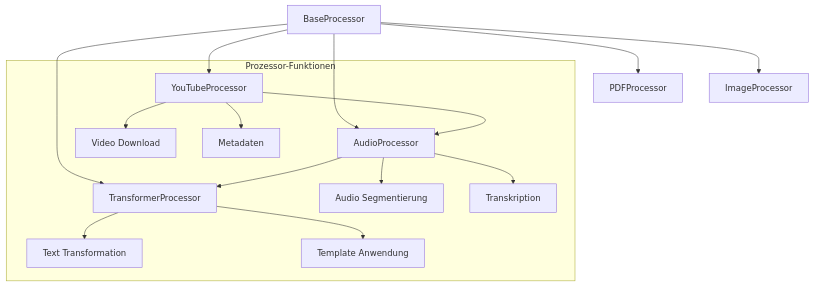
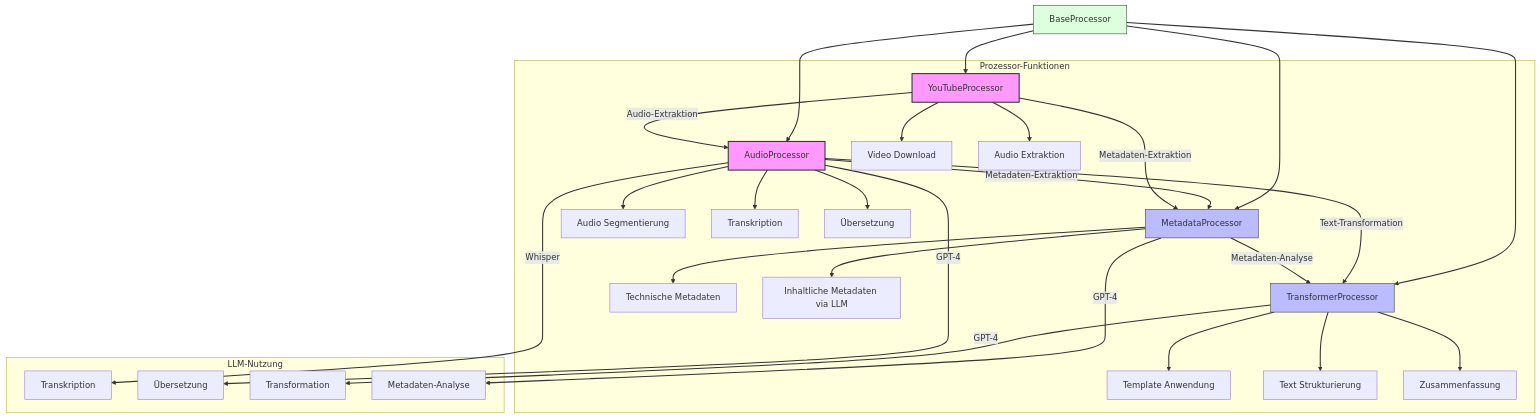
One commit to bCommonsLAB/CommonSecretaryServices changed the third of 6 diagrams in docs/01_architecture.md. Above: the diagram before and after it, drawn with Mermaid. The commit also changed other lines of this file and 25 other files, not shown here.

````diff
--- a/docs/01_architecture.md
+++ b/docs/01_architecture.md
@@ -63,20 +120,53 @@
 ```mermaid
 graph TD
-    A[BaseProcessor] --> B[AudioProcessor]
-    A --> C[YouTubeProcessor]
-    A --> D[TransformerProcessor]
-    A --> E[PDFProcessor]
-    A --> F[ImageProcessor]
+    classDef main fill:#f9f,stroke:#333,stroke-width:2px;
+    classDef sub fill:#bbf,stroke:#333,stroke-width:1px;
+    classDef base fill:#dfd,stroke:#333,stroke-width:1px;
+
+    A[BaseProcessor]:::base
+    B[AudioProcessor]:::main
+    C[YouTubeProcessor]:::main
+    D[TransformerProcessor]:::sub
+    E[MetadataProcessor]:::sub
     
-    B --> D
-    C --> B
+    %% Basis-Vererbung
+    A --> B
+    A --> C
+    A --> D
+    A --> E
     
+    %% Prozessor-Abhängigkeiten
+    C --> |Audio-Extraktion| B
+    B --> |Text-Transformation| D
+    E --> |Metadaten-Analyse| D
+    B --> |Metadaten-Extraktion| E
+    C --> |Metadaten-Extraktion| E
+    
+    %% Hauptfunktionen
     subgraph "Prozessor-Funktionen"
-    B --> G[Audio Segmentierung]
-    B --> H[Transkription]
-    D --> I[Text Transformation]
-    D --> J[Template Anwendung]
-    C --> K[Video Download]
-    C --> L[Metadaten]
+        B --> G[Audio Segmentierung]
+        B --> H[Transkription]
+        B --> I[Übersetzung]
+        
+        D --> J[Template Anwendung]
+        D --> K[Text Strukturierung]
+        D --> L[Zusammenfassung]
+        
+        C --> M[Video Download]
+        C --> N[Audio Extraktion]
+        
+        E --> O[Technische Metadaten]
+        E --> P[Inhaltliche Metadaten via LLM]
     end
+    
+    %% LLM-Integration
+    subgraph "LLM-Nutzung"
+        B --> |Whisper| Q[Transkription]
+        B --> |GPT-4| R[Übersetzung]
+        D --> |GPT-4| S[Transformation]
+        E --> |GPT-4| T[Metadaten-Analyse]
+    end
+
+    %% Styling
+    linkStyle default stroke-width:2px
 ```
````
